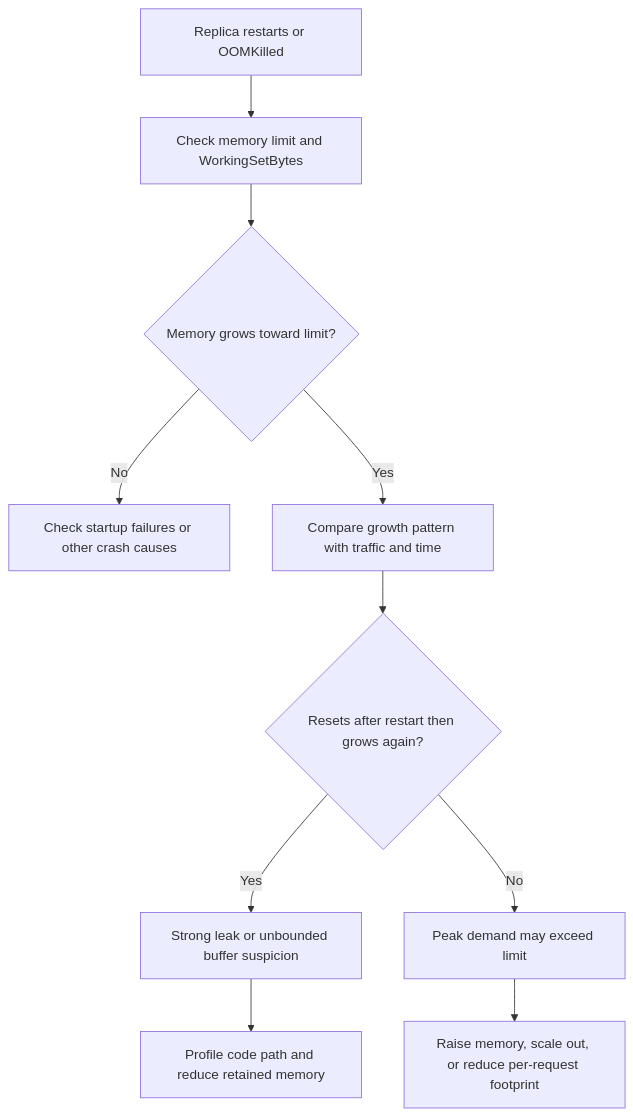
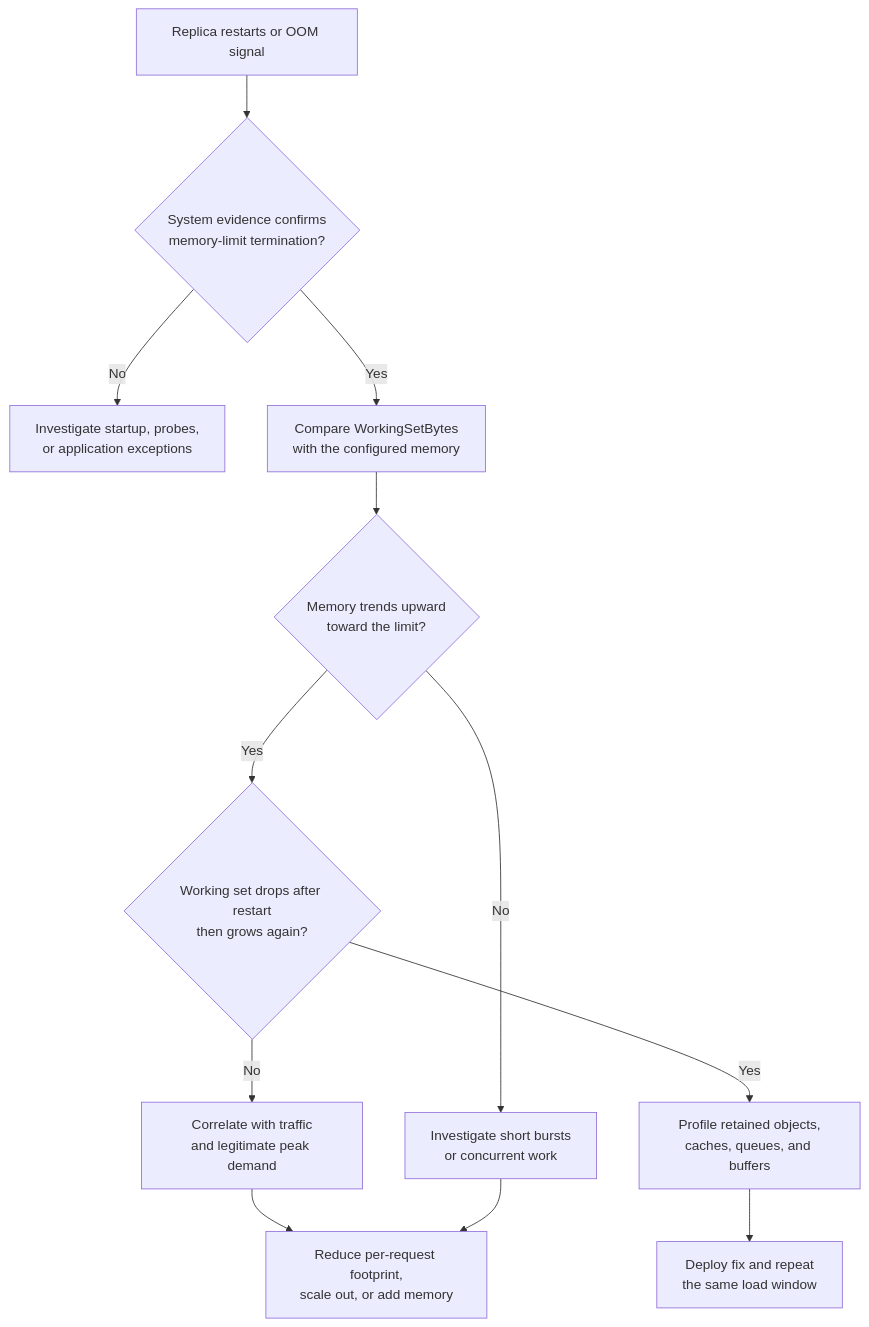
One commit to yeongseon/azure-container-apps-practical-guide changed the diagram in docs/troubleshooting/playbooks/scaling-and-runtime/memory-leak-oomkilled.md. Above: the diagram before and after it, drawn with Mermaid. The commit also changed other lines of this file and 28 other files, not shown here.

Commit message:
docs(diagrams): migrate playbook diagnostic flows (#627)

````diff
--- a/docs/troubleshooting/playbooks/scaling-and-runtime/memory-leak-oomkilled.md
+++ b/docs/troubleshooting/playbooks/scaling-and-runtime/memory-leak-oomkilled.md
@@ -49,12 +49,17 @@
 ```mermaid
 flowchart TD
-    A[Replica restarts or OOMKilled] --> B[Check memory limit and WorkingSetBytes]
-    B --> C{Memory grows toward limit?}
-    C -->|No| D[Check startup failures or other crash causes]
-    C -->|Yes| E[Compare growth pattern with traffic and time]
-    E --> F{Resets after restart then grows again?}
-    F -->|Yes| G[Strong leak or unbounded buffer suspicion]
-    F -->|No| H[Peak demand may exceed limit]
-    G --> I[Profile code path and reduce retained memory]
-    H --> J[Raise memory, scale out, or reduce per-request footprint]
+    accTitle: Distinguish a memory leak from peak memory demand
+    accDescr: Confirm memory-limit termination, correlate working set with traffic and restarts, then use repeated post-restart growth to separate retained-memory behavior from short demand peaks.
+
+    START[Replica restarts or OOM signal] --> CONFIRM{System evidence confirms<br/>memory-limit termination?}
+    CONFIRM -->|No| OTHER[Investigate startup, probes,<br/>or application exceptions]
+    CONFIRM -->|Yes| TREND[Compare WorkingSetBytes<br/>with the configured memory]
+    TREND --> GROWS{Memory trends upward<br/>toward the limit?}
+    GROWS -->|No| SPIKE[Investigate short bursts<br/>or concurrent work]
+    GROWS -->|Yes| RESET{Working set drops after restart<br/>then grows again?}
+    RESET -->|Yes| LEAK[Profile retained objects,<br/>caches, queues, and buffers]
+    RESET -->|No| LOAD[Correlate with traffic<br/>and legitimate peak demand]
+    LEAK --> VERIFY[Deploy fix and repeat<br/>the same load window]
+    LOAD --> CAPACITY[Reduce per-request footprint,<br/>scale out, or add memory]
+    SPIKE --> CAPACITY
 ```
````
